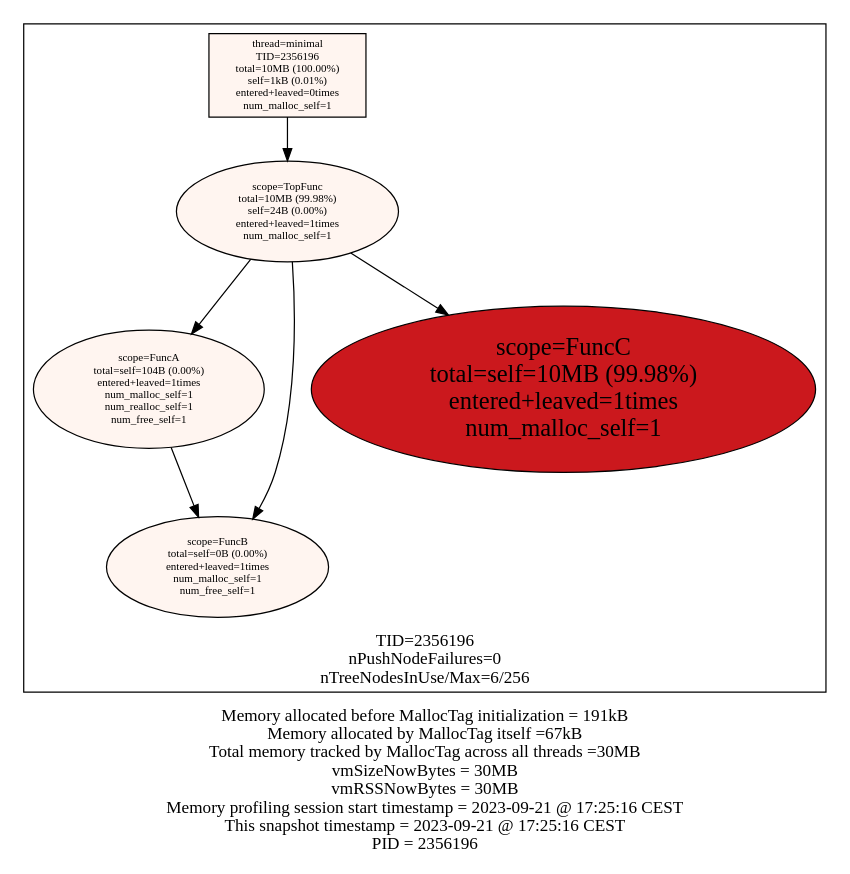
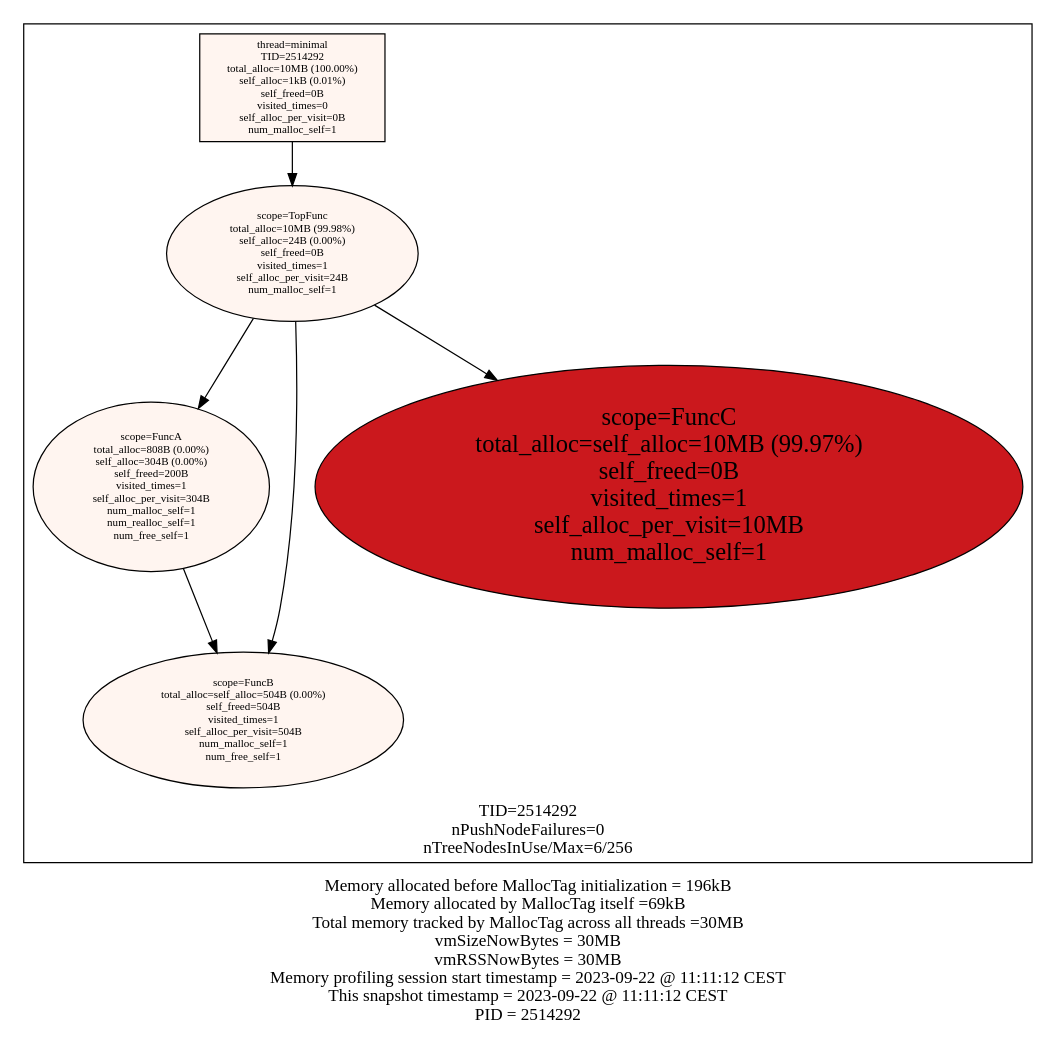
The diagram in examples/minimal/minimal_stats.dot (f18m/malloc-tag), drawn with Graphviz before and after one commit. The commit also changed 20 other files, not shown here.

```diff
--- a/examples/minimal/minimal_stats.dot
+++ b/examples/minimal/minimal_stats.dot
@@ -1,22 +1,22 @@
 digraph MallocTree {
  node [colorscheme=reds9 style=filled]
- subgraph cluster_TID2356196 {
+ subgraph cluster_TID2514292 {
   node [colorscheme=reds9 style=filled]
   labelloc="b"
-  label="TID=2356196\nnPushNodeFailures=0\nnTreeNodesInUse/Max=6/256\n"
-  "2356196_minimal" [label="thread=minimal\nTID=2356196\ntotal=10MB (100.00%)\nself=1kB (0.01%)\nentered+leaved=0times\nnum_malloc_self=1" shape=box fillcolor=1 fontsize=9]
-  "2356196_minimal" -> "2356196_TopFunc"
-  "2356196_TopFunc" [label="scope=TopFunc\ntotal=10MB (99.98%)\nself=24B (0.00%)\nentered+leaved=1times\nnum_malloc_self=1" fillcolor=1 fontsize=9]
-  "2356196_TopFunc" -> "2356196_FuncA"
-  "2356196_TopFunc" -> "2356196_FuncB"
-  "2356196_TopFunc" -> "2356196_FuncC"
-  "2356196_FuncA" [label="scope=FuncA\ntotal=self=104B (0.00%)\nentered+leaved=1times\nnum_malloc_self=1\nnum_realloc_self=1\nnum_free_self=1" fillcolor=1 fontsize=9]
-  "2356196_FuncA" -> "2356196_FuncB"
-  "2356196_FuncB" [label="scope=FuncB\ntotal=self=0B (0.00%)\nentered+leaved=1times\nnum_malloc_self=1\nnum_free_self=1" fillcolor=1 fontsize=9]
-  "2356196_FuncB" [label="scope=FuncB\ntotal=self=0B (0.00%)\nentered+leaved=1times\nnum_malloc_self=1\nnum_free_self=1" fillcolor=1 fontsize=9]
-  "2356196_FuncC" [label="scope=FuncC\ntotal=self=10MB (99.98%)\nentered+leaved=1times\nnum_malloc_self=1" fillcolor=7 fontsize=20]
+  label="TID=2514292\nnPushNodeFailures=0\nnTreeNodesInUse/Max=6/256\n"
+  "2514292_minimal" [label="thread=minimal\nTID=2514292\ntotal_alloc=10MB (100.00%)\nself_alloc=1kB (0.01%)\nself_freed=0B\nvisited_times=0\nself_alloc_per_visit=0B\nnum_malloc_self=1" shape=box fillcolor=1 fontsize=9]
+  "2514292_minimal" -> "2514292_TopFunc"
+  "2514292_TopFunc" [label="scope=TopFunc\ntotal_alloc=10MB (99.98%)\nself_alloc=24B (0.00%)\nself_freed=0B\nvisited_times=1\nself_alloc_per_visit=24B\nnum_malloc_self=1" fillcolor=1 fontsize=9]
+  "2514292_TopFunc" -> "2514292_FuncA"
+  "2514292_TopFunc" -> "2514292_FuncB"
+  "2514292_TopFunc" -> "2514292_FuncC"
+  "2514292_FuncA" [label="scope=FuncA\ntotal_alloc=808B (0.00%)\nself_alloc=304B (0.00%)\nself_freed=200B\nvisited_times=1\nself_alloc_per_visit=304B\nnum_malloc_self=1\nnum_realloc_self=1\nnum_free_self=1" fillcolor=1 fontsize=9]
+  "2514292_FuncA" -> "2514292_FuncB"
+  "2514292_FuncB" [label="scope=FuncB\ntotal_alloc=self_alloc=504B (0.00%)\nself_freed=504B\nvisited_times=1\nself_alloc_per_visit=504B\nnum_malloc_self=1\nnum_free_self=1" fillcolor=1 fontsize=9]
+  "2514292_FuncB" [label="scope=FuncB\ntotal_alloc=self_alloc=504B (0.00%)\nself_freed=504B\nvisited_times=1\nself_alloc_per_visit=504B\nnum_malloc_self=1\nnum_free_self=1" fillcolor=1 fontsize=9]
+  "2514292_FuncC" [label="scope=FuncC\ntotal_alloc=self_alloc=10MB (99.97%)\nself_freed=0B\nvisited_times=1\nself_alloc_per_visit=10MB\nnum_malloc_self=1" fillcolor=7 fontsize=20]
  }
 
  labelloc="b"
- label="Memory allocated before MallocTag initialization = 191kB\nMemory allocated by MallocTag itself =67kB\nTotal memory tracked by MallocTag across all threads =30MB\nvmSizeNowBytes = 30MB\nvmRSSNowBytes = 30MB\nMemory profiling session start timestamp = 2023-09-21 @ 17:25:16 CEST\nThis snapshot timestamp = 2023-09-21 @ 17:25:16 CEST\nPID = 2356196\n"
+ label="Memory allocated before MallocTag initialization = 196kB\nMemory allocated by MallocTag itself =69kB\nTotal memory tracked by MallocTag across all threads =30MB\nvmSizeNowBytes = 30MB\nvmRSSNowBytes = 30MB\nMemory profiling session start timestamp = 2023-09-22 @ 11:11:12 CEST\nThis snapshot timestamp = 2023-09-22 @ 11:11:12 CEST\nPID = 2514292\n"
 }
```
